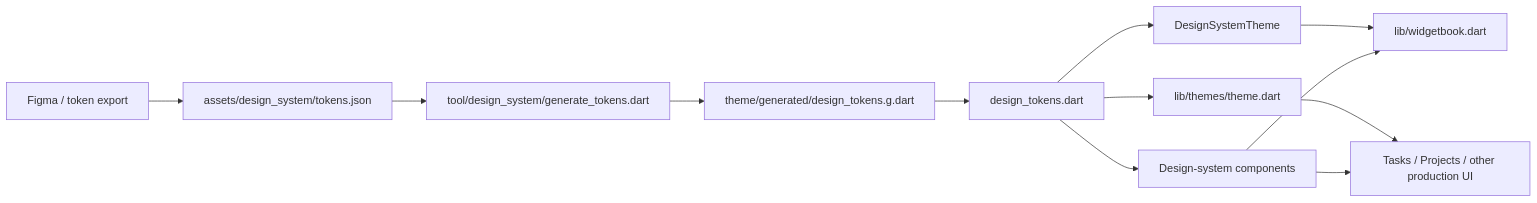
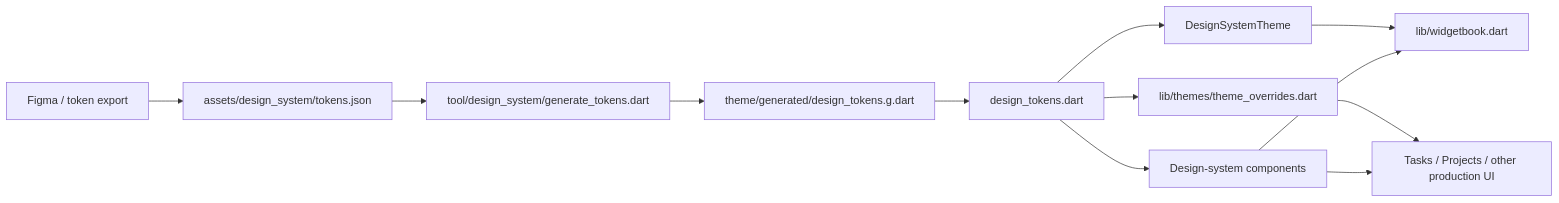
Before and after one commit to matthiasn/lotti: the first of 4 diagrams in lib/features/design_system/README.md, drawn with Mermaid. The commit also changed other lines of this file and 1 other file, not shown here.

Commit message:
docs(design_system): fix token-injection site and document DesignSystemButton
DS tokens are injected into the app theme's extensions by
lib/themes/theme_overrides.dart (withOverrides), not theme.dart which has no
token references; fix the diagram and prose. Add a class docstring to the
flagship DesignSystemButton.

````diff
--- a/lib/features/design_system/README.md
+++ b/lib/features/design_system/README.md
@@ -18,14 +18,14 @@
 ```mermaid
 flowchart LR
   Figma["Figma / token export"] --> TokensJson["assets/design_system/tokens.json"]
   TokensJson --> Generator["tool/design_system/generate_tokens.dart"]
   Generator --> Generated["theme/generated/design_tokens.g.dart"]
   Generated --> TokensApi["design_tokens.dart"]
   TokensApi --> DsTheme["DesignSystemTheme"]
-  TokensApi --> AppTheme["lib/themes/theme.dart"]
+  TokensApi --> AppTheme["lib/themes/theme_overrides.dart"]
   DsTheme --> Widgetbook["lib/widgetbook.dart"]
   AppTheme --> Features["Tasks / Projects / other production UI"]
   TokensApi --> Components["Design-system components"]
   Components --> Widgetbook
   Components --> Features
 ```
````
